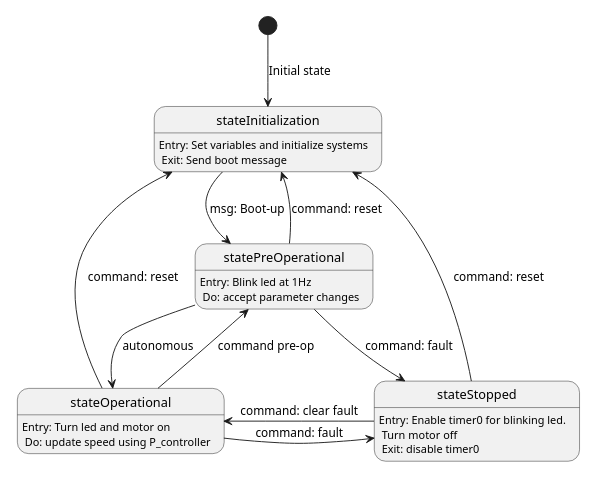
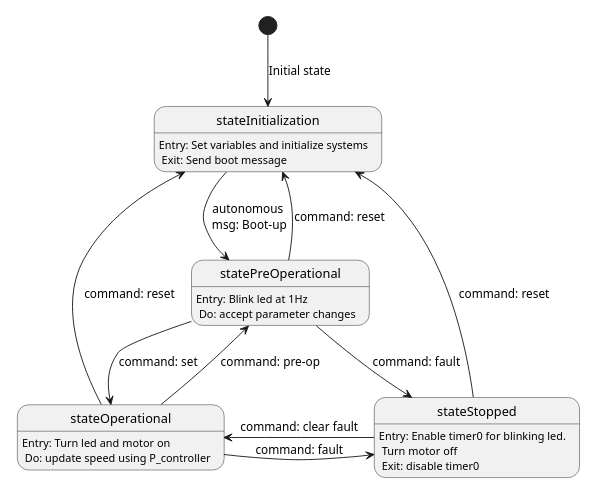
Before and after one commit to JonkiTroll/Embedded_Systems: the diagram in Group_project_3/docs/diagrams/src/state.puml, drawn with PlantUML.

Commit message:
fixed transition PreOperational to Operational

```diff
--- a/Group_project_3/docs/diagrams/src/state.puml
+++ b/Group_project_3/docs/diagrams/src/state.puml
@@ -1,22 +1,22 @@
 @startuml
 'https://plantuml.com/state-diagram
 
 scale 350 width
 
 stateInitialization:        Entry: Set variables and initialize systems\n Exit: Send boot message
 statePreOperational:        Entry: Blink led at 1Hz  \n Do: accept parameter changes
 stateOperational:           Entry: Turn led and motor on\n Do: update speed using P_controller
 stateStopped:               Entry: Enable timer0 for blinking led.\n Turn motor off\n Exit: disable timer0
 
 [*]-down->stateInitialization: Initial state
-stateInitialization -down-> statePreOperational: msg: Boot-up
+stateInitialization -down-> statePreOperational: autonomous\n msg: Boot-up
 statePreOperational -up-> stateInitialization: command: reset
-statePreOperational -down-> stateOperational: autonomous
+statePreOperational -down-> stateOperational: command: set
 statePreOperational -down-> stateStopped: command: fault
-stateOperational -up-> statePreOperational: command pre-op
+stateOperational -up-> statePreOperational: command: pre-op
 stateOperational -up-> stateInitialization: command: reset
 stateOperational -right-> stateStopped: command: fault
 stateStopped -right-> stateOperational: command: clear fault
 stateStopped -> stateInitialization: command: reset
 
 @enduml
```
